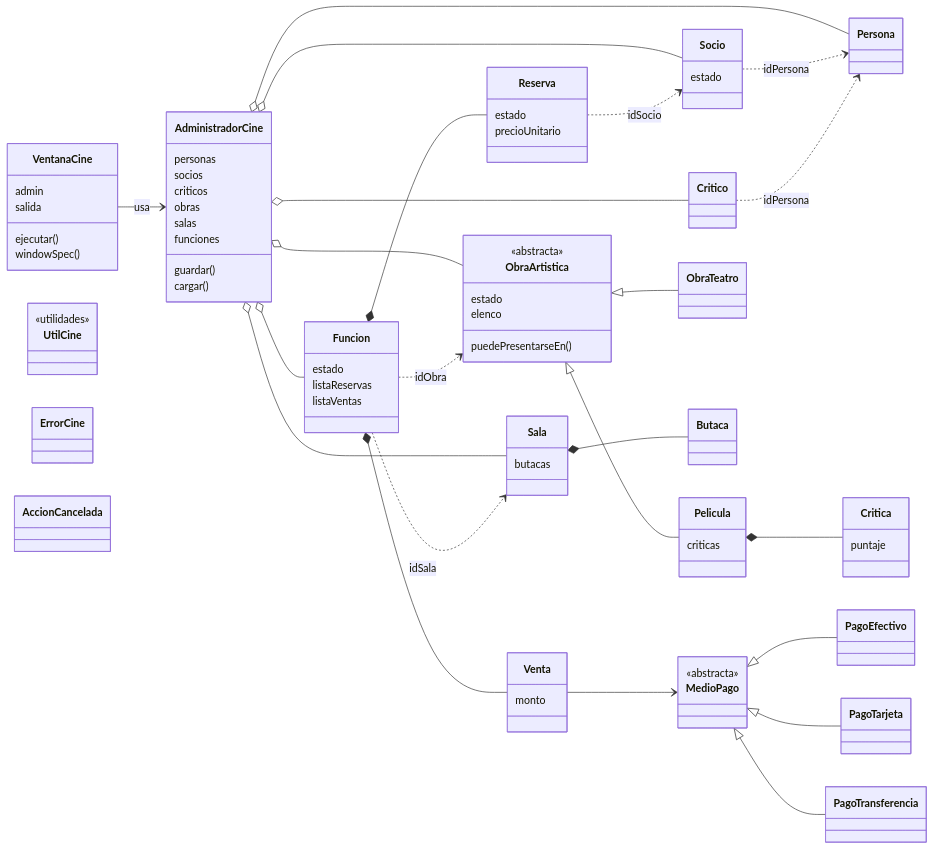
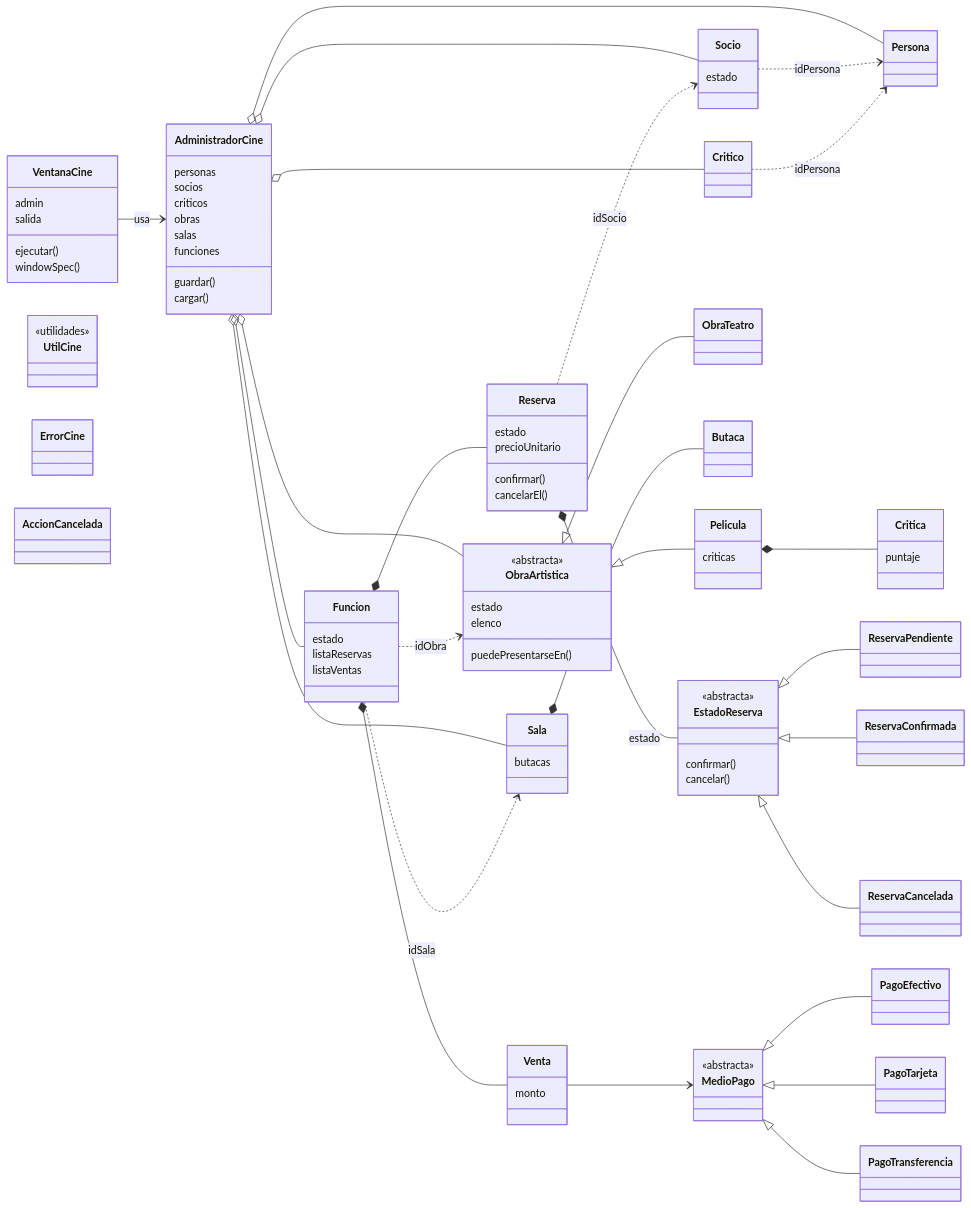
Before and after one commit to federicohaffner/PROYECTO-FINAL-PARADIGMAS-DE-PROGRAMACION-2025: the diagram in docs/GUIA.md, drawn with Mermaid. The commit also changed other lines of this file and 2 other files, not shown here.

```diff
--- a/docs/GUIA.md
+++ b/docs/GUIA.md
@@ -234,7 +234,17 @@
     class Reserva {
         estado
         precioUnitario
+        confirmar()
+        cancelarEl()
     }
+    class EstadoReserva {
+        <<abstracta>>
+        confirmar()
+        cancelar()
+    }
+    class ReservaPendiente
+    class ReservaConfirmada
+    class ReservaCancelada
     class Venta {
         monto
     }
@@ -263,6 +273,10 @@
     Sala *-- Butaca
     Funcion *-- Reserva
     Funcion *-- Venta
+    Reserva *-- EstadoReserva : estado
+    EstadoReserva <|-- ReservaPendiente
+    EstadoReserva <|-- ReservaConfirmada
+    EstadoReserva <|-- ReservaCancelada
     Venta --> MedioPago
     MedioPago <|-- PagoEfectivo
     MedioPago <|-- PagoTarjeta
```
